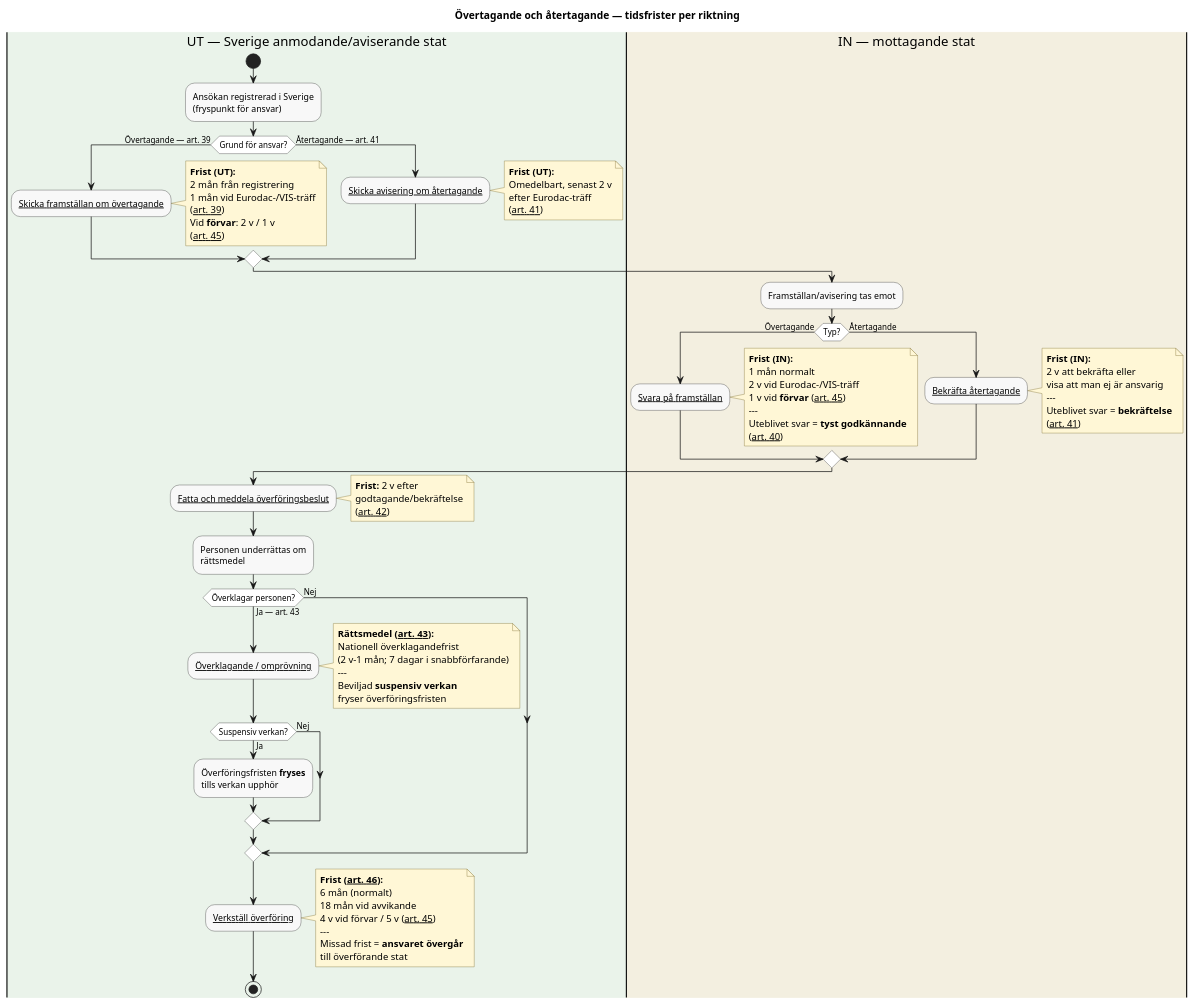
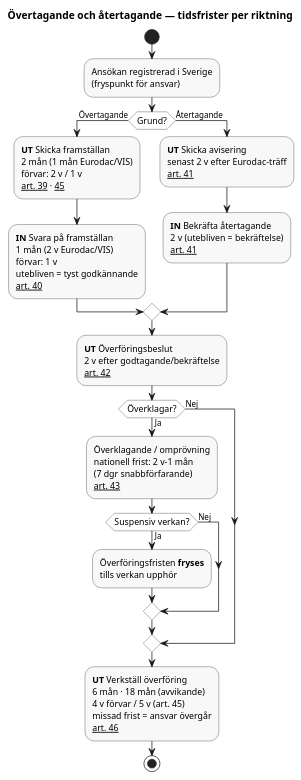
The diagram in docs/domains/responsibility/diagrams/take-charge-take-back-timelimits.pu (chrhe894/migration_pact), drawn with PlantUML before and after one commit. The commit also changed other lines of this file and 1 other file, not shown here.

```diff
--- a/docs/domains/responsibility/diagrams/take-charge-take-back-timelimits.pu
+++ b/docs/domains/responsibility/diagrams/take-charge-take-back-timelimits.pu
@@ -13,110 +16,45 @@
 @startuml take-charge-take-back-timelimits
 
 title Övertagande och återtagande — tidsfrister per riktning
 
 skinparam shadowing false
 skinparam HyperlinkColor Black
 skinparam HyperlinkUnderline true
 skinparam defaultFontName Arial
+skinparam maxMessageSize 200
 skinparam activity {
   BackgroundColor #F8F8F8
   BorderColor #333333
   DiamondBackgroundColor #FFFFFF
   DiamondBorderColor #333333
-}
-skinparam note {
-  BackgroundColor #FFF7D6
-  BorderColor #7A6A2A
+  FontSize 12
 }
 
-|#EAF3EA|UT — Sverige anmodande/aviserande stat|
 start
+
 :Ansökan registrerad i Sverige\n(fryspunkt för ansvar);
 
-if (Grund för ansvar?) then (Övertagande — art. 39)
-  :[[../articles/ammr-039.md Skicka framställan om övertagande]];
-  note right
-    **Frist (UT):**
-    2 mån från registrering
-    1 mån vid Eurodac-/VIS-träff
-    ([[../articles/ammr-039.md art. 39]])
-    Vid **förvar**: 2 v / 1 v
-    ([[../articles/ammr-045.md art. 45]])
-  end note
-else (Återtagande — art. 41)
-  :[[../articles/ammr-041.md Skicka avisering om återtagande]];
-  note right
-    **Frist (UT):**
-    Omedelbart, senast 2 v
-    efter Eurodac-träff
-    ([[../articles/ammr-041.md art. 41]])
-  end note
+if (Grund?) then (Övertagande)
+  :**UT** Skicka framställan\n2 mån (1 mån Eurodac/VIS)\nförvar: 2 v / 1 v\n[[../articles/ammr-039.md art. 39]] · [[../articles/ammr-045.md 45]];
+  :**IN** Svara på framställan\n1 mån (2 v Eurodac/VIS)\nförvar: 1 v\nutebliven = tyst godkännande\n[[../articles/ammr-040.md art. 40]];
+else (Återtagande)
+  :**UT** Skicka avisering\nsenast 2 v efter Eurodac-träff\n[[../articles/ammr-041.md art. 41]];
+  :**IN** Bekräfta återtagande\n2 v (utebliven = bekräftelse)\n[[../articles/ammr-041.md art. 41]];
 endif
 
-|#F3EFE0|IN — mottagande stat|
-:Framställan/avisering tas emot;
+:**UT** Överföringsbeslut\n2 v efter godtagande/bekräftelse\n[[../articles/ammr-042.md art. 42]];
 
-if (Typ?) then (Övertagande)
-  :[[../articles/ammr-040.md Svara på framställan]];
-  note right
-    **Frist (IN):**
-    1 mån normalt
-    2 v vid Eurodac-/VIS-träff
-    1 v vid **förvar** ([[../articles/ammr-045.md art. 45]])
-    ---
-    Uteblivet svar = **tyst godkännande**
-    ([[../articles/ammr-040.md art. 40]])
-  end note
-else (Återtagande)
-  :[[../articles/ammr-041.md Bekräfta återtagande]];
-  note right
-    **Frist (IN):**
-    2 v att bekräfta eller
-    visa att man ej är ansvarig
-    ---
-    Uteblivet svar = **bekräftelse**
-    ([[../articles/ammr-041.md art. 41]])
-  end note
-endif
-
-|#EAF3EA|UT — Sverige anmodande/aviserande stat|
-:[[../articles/ammr-042.md Fatta och meddela överföringsbeslut]];
-note right
-  **Frist:** 2 v efter
-  godtagande/bekräftelse
-  ([[../articles/ammr-042.md art. 42]])
-end note
-
-:Personen underrättas om\nrättsmedel;
-
-if (Överklagar personen?) then (Ja — art. 43)
-  :[[../articles/ammr-043.md Överklagande / omprövning]];
-  note right
-    **Rättsmedel ([[../articles/ammr-043.md art. 43]]):**
-    Nationell överklagandefrist
-    (2 v–1 mån; 7 dagar i snabbförfarande)
-    ---
-    Beviljad **suspensiv verkan**
-    fryser överföringsfristen
-  end note
+if (Överklagar?) then (Ja)
+  :Överklagande / omprövning\nnationell frist: 2 v–1 mån\n(7 dgr snabbförfarande)\n[[../articles/ammr-043.md art. 43]];
   if (Suspensiv verkan?) then (Ja)
     :Överföringsfristen **fryses**\ntills verkan upphör;
   else (Nej)
   endif
 else (Nej)
 endif
 
-:[[../articles/ammr-046.md Verkställ överföring]];
-note right
-  **Frist ([[../articles/ammr-046.md art. 46]]):**
-  6 mån (normalt)
-  18 mån vid avvikande
-  4 v vid förvar / 5 v ([[../articles/ammr-045.md art. 45]])
-  ---
-  Missad frist = **ansvaret övergår**
-  till överförande stat
-end note
+:**UT** Verkställ överföring\n6 mån · 18 mån (avvikande)\n4 v förvar / 5 v (art. 45)\nmissad frist = ansvar övergår\n[[../articles/ammr-046.md art. 46]];
 
 stop
 
 @enduml
```
